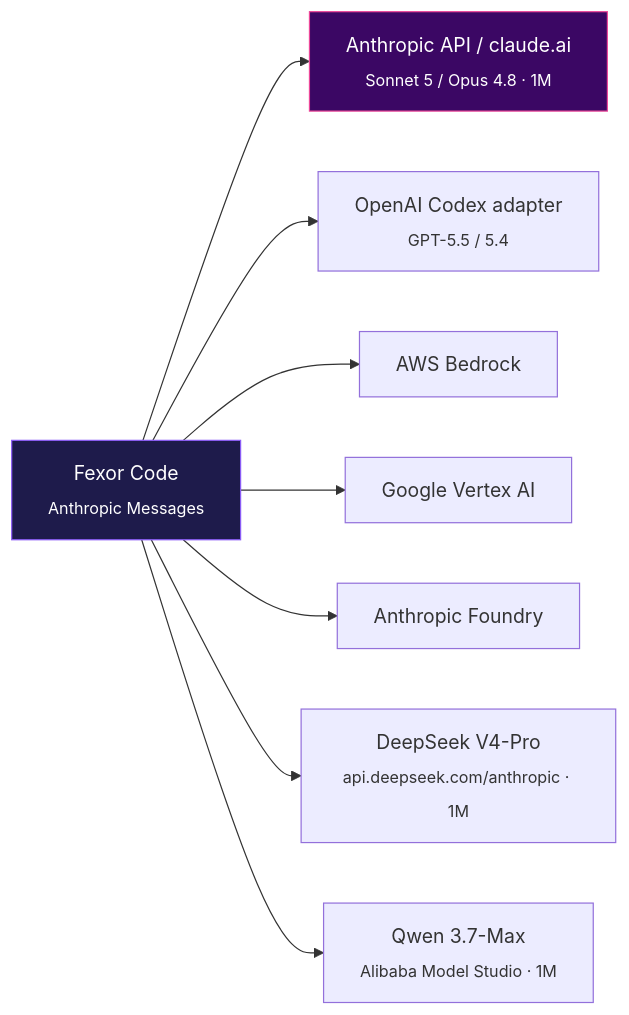
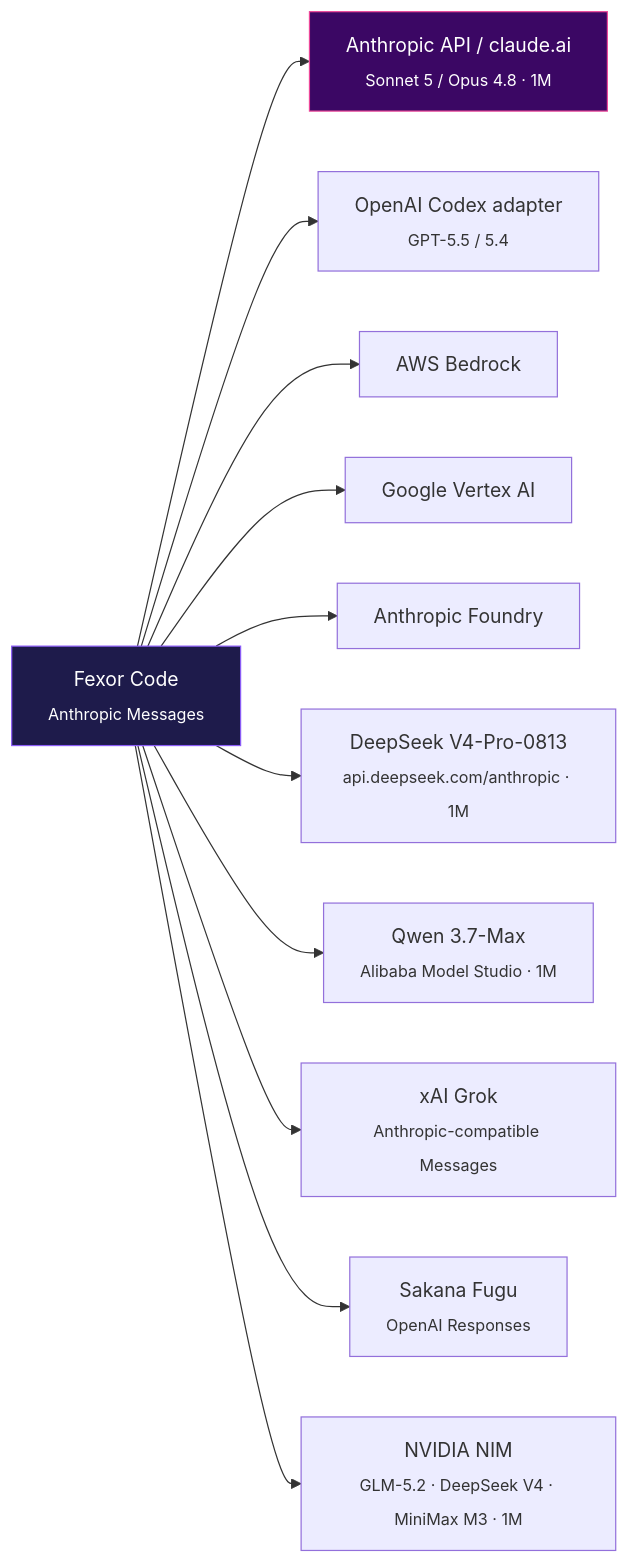
The fourth of 4 diagrams in README.md (jennofrie/fexor-code), drawn with Mermaid before and after one commit. The commit also changed other lines of this file and 23 other files, not shown here.

Commit message:
chore: sync pending WIP — GLM-5.3 launcher option, NVIDIA NIM adapter, husky/lint, domain docs

````diff
--- a/README.md
+++ b/README.md
@@ -145,14 +146,17 @@
 ```mermaid
 flowchart LR
     APP["Fexor Code<br/><sub>Anthropic Messages</sub>"]
     APP --> ANT["Anthropic API / claude.ai<br/><sub>Sonnet 5 / Opus 4.8 · 1M</sub>"]
     APP --> CODEX["OpenAI Codex adapter<br/><sub>GPT-5.5 / 5.4</sub>"]
     APP --> BR["AWS Bedrock"]
     APP --> VX["Google Vertex AI"]
     APP --> FD["Anthropic Foundry"]
-    APP --> DS["DeepSeek V4-Pro<br/><sub>api.deepseek.com/anthropic · 1M</sub>"]
+    APP --> DS["DeepSeek V4-Pro-0813<br/><sub>api.deepseek.com/anthropic · 1M</sub>"]
     APP --> QW["Qwen 3.7-Max<br/><sub>Alibaba Model Studio · 1M</sub>"]
+    APP --> GROK["xAI Grok<br/><sub>Anthropic-compatible Messages</sub>"]
+    APP --> SK["Sakana Fugu<br/><sub>OpenAI Responses</sub>"]
+    APP --> NV["NVIDIA NIM<br/><sub>GLM-5.2 · DeepSeek V4 · MiniMax M3 · 1M</sub>"]
 
     style APP fill:#1e1b4b,stroke:#8b5cf6,color:#fff
     style ANT fill:#3b0764,stroke:#ec4899,color:#fff
 ```
````
